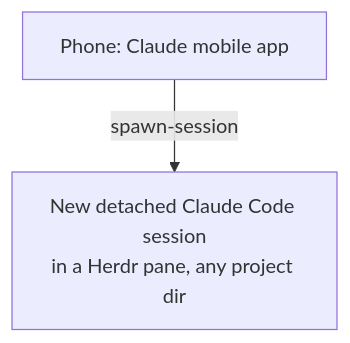
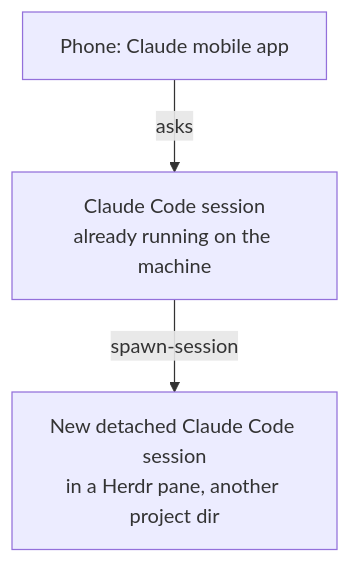
One commit to shimo4228/herdr-toolkit changed the diagram in README.md. Above: the diagram before and after it, drawn with Mermaid. The commit also changed other lines of this file and 3 other files, not shown here.

````diff
--- a/README.md
+++ b/README.md
@@ -19,4 +19,5 @@
 ```mermaid
 flowchart TD
-    P[Phone: Claude mobile app] -->|spawn-session| S[New detached Claude Code session<br>in a Herdr pane, any project dir]
+    P[Phone: Claude mobile app] -->|asks| C[Claude Code session<br>already running on the machine]
+    C -->|spawn-session| S[New detached Claude Code session<br>in a Herdr pane, another project dir]
 ```
````
